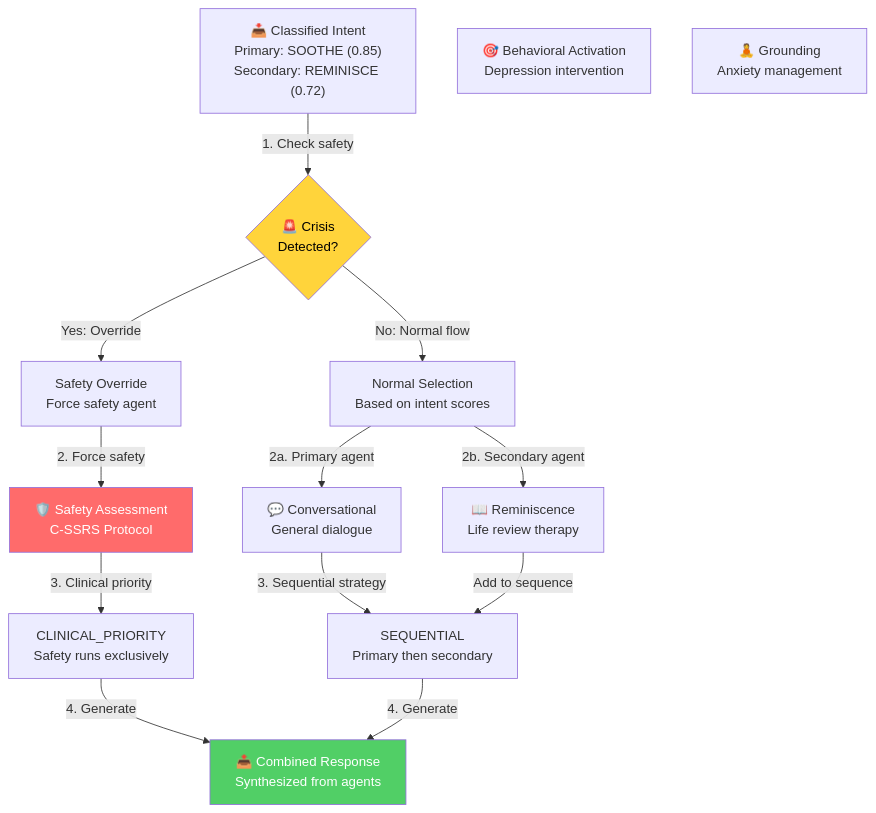
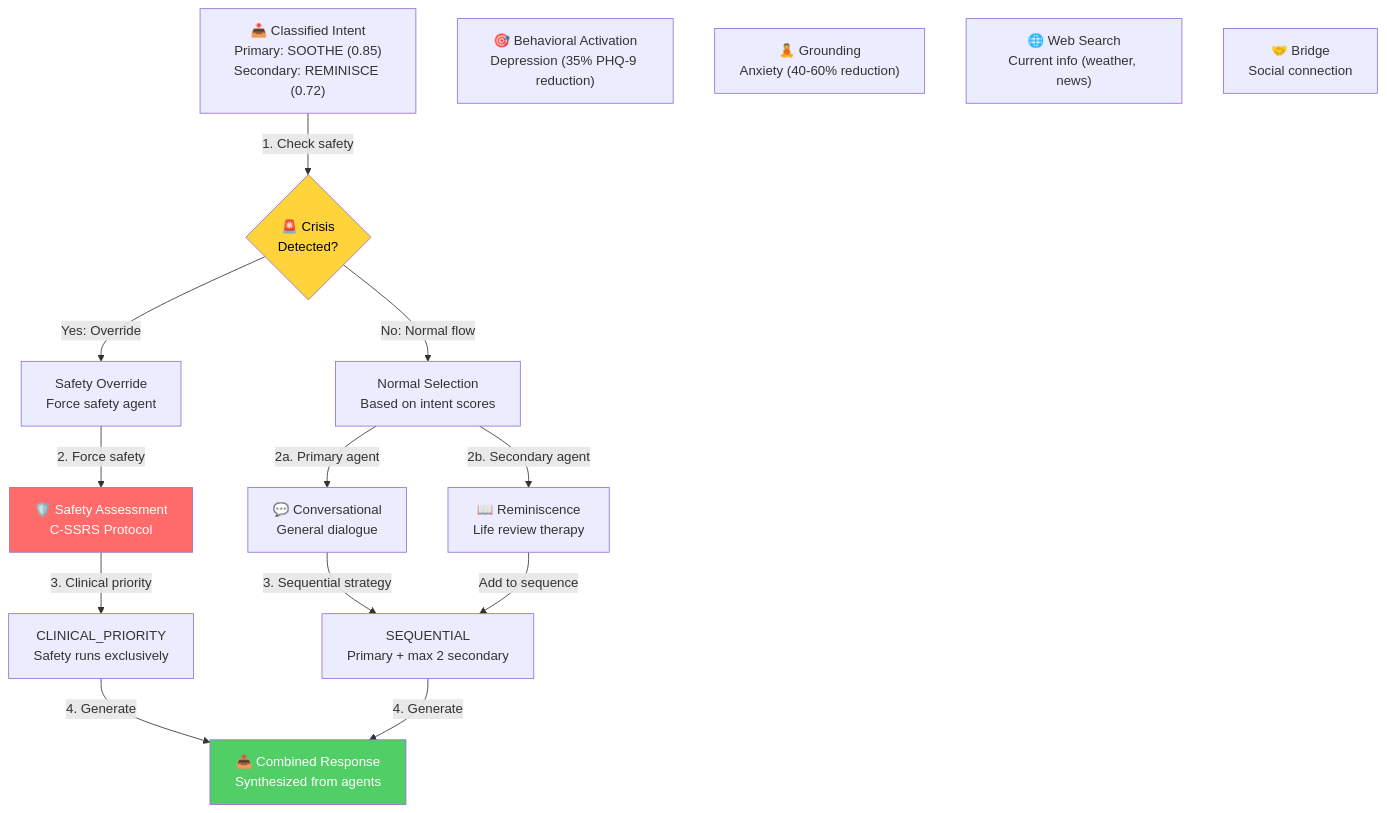
The sixth of 8 diagrams in docs/PROCESS_FLOW.md (asq-sheriff/SHOWCASE_REPO-Therapeutic_AI_Companion), drawn with Mermaid before and after one commit. The commit also changed other lines of this file and 7 other files, not shown here.

First line of the commit message:
docs: Sync all documentation with current state and accelerated roadmap

````diff
--- a/docs/PROCESS_FLOW.md
+++ b/docs/PROCESS_FLOW.md
@@ -307,37 +303,39 @@
 ```mermaid
 flowchart TD
     A["📥 Classified Intent<br/>Primary: SOOTHE (0.85)<br/>Secondary: REMINISCE (0.72)"]
 
     B{"🚨 Crisis<br/>Detected?"}
 
     C["Safety Override<br/>Force safety agent"]
 
     D["Normal Selection<br/>Based on intent scores"]
 
     E1["🛡️ Safety Assessment<br/>C-SSRS Protocol"]
     E2["💬 Conversational<br/>General dialogue"]
-    E3["🎯 Behavioral Activation<br/>Depression intervention"]
+    E3["🎯 Behavioral Activation<br/>Depression (35% PHQ-9 reduction)"]
     E4["📖 Reminiscence<br/>Life review therapy"]
-    E5["🧘 Grounding<br/>Anxiety management"]
+    E5["🧘 Grounding<br/>Anxiety (40-60% reduction)"]
+    E6["🌐 Web Search<br/>Current info (weather, news)"]
+    E7["🤝 Bridge<br/>Social connection"]
 
     F1["CLINICAL_PRIORITY<br/>Safety runs exclusively"]
-    F2["SEQUENTIAL<br/>Primary then secondary"]
+    F2["SEQUENTIAL<br/>Primary + max 2 secondary"]
 
     G["📤 Combined Response<br/>Synthesized from agents"]
 
     A -->|"1. Check safety"| B
     B -->|"Yes: Override"| C
     B -->|"No: Normal flow"| D
     C -->|"2. Force safety"| E1
     D -->|"2a. Primary agent"| E2
     D -->|"2b. Secondary agent"| E4
     E1 -->|"3. Clinical priority"| F1
     E2 -->|"3. Sequential strategy"| F2
     E4 -->|"Add to sequence"| F2
     F1 -->|"4. Generate"| G
     F2 -->|"4. Generate"| G
 
     style E1 fill:#ff6b6b,color:#fff
     style B fill:#ffd43b,color:#000
     style G fill:#51cf66,color:#fff
 ```
````
